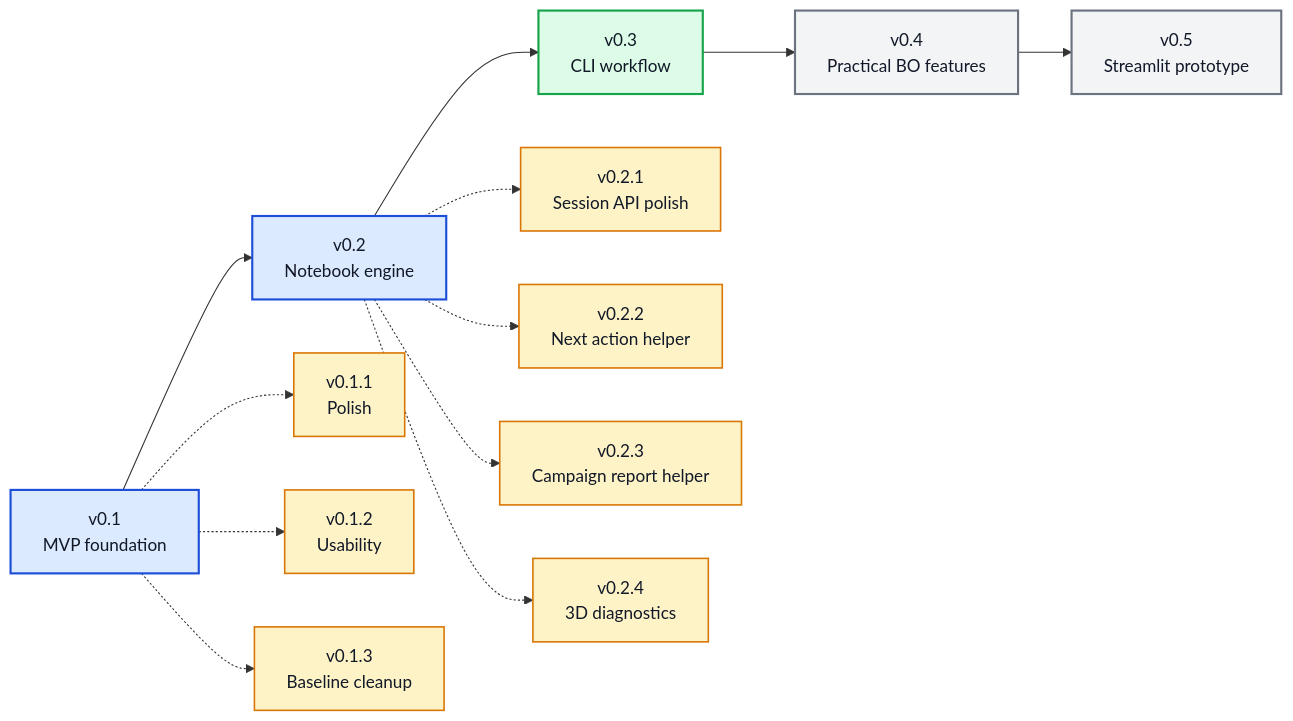
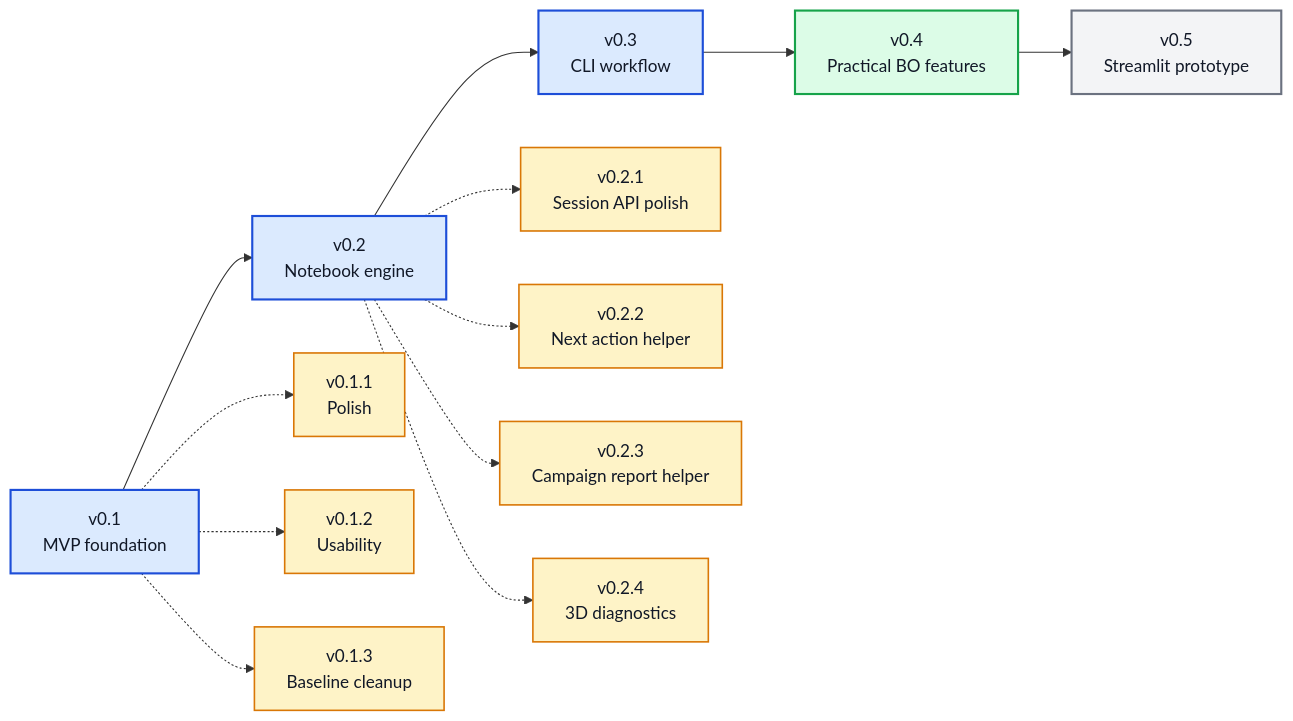
One commit to angzeli/bo-forge changed the diagram in ROADMAP.md. Above: the diagram before and after it, drawn with Mermaid. The commit also changed other lines of this file and 18 other files, not shown here.

````diff
--- a/ROADMAP.md
+++ b/ROADMAP.md
@@ -7,30 +7,30 @@
 ```mermaid
 flowchart LR
     v01["v0.1<br/>MVP foundation"] --> v02["v0.2<br/>Notebook engine"] --> v03["v0.3<br/>CLI workflow"] --> v04["v0.4<br/>Practical BO features"] --> v05["v0.5<br/>Streamlit prototype"]
 
     v011["v0.1.1<br/>Polish"]
     v012["v0.1.2<br/>Usability"]
     v013["v0.1.3<br/>Baseline cleanup"]
     v021["v0.2.1<br/>Session API polish"]
     v022["v0.2.2<br/>Next action helper"]
     v023["v0.2.3<br/>Campaign report helper"]
     v024["v0.2.4<br/>3D diagnostics"]
     
     v01 -.-> v011
     v01 -.-> v012
     v01 -.-> v013
     v02 -.-> v021
     v02 -.-> v022
     v02 -.-> v023
     v02 -.-> v024
     
-    class v01,v02 majorDone
-    class v03 majorNext
-    class v04,v05 majorFuture
+    class v01,v02,v03 majorDone
+    class v04 majorNext
+    class v05 majorFuture
     class v011,v012,v013,v021,v022,v023,v024 patchDone
 
     classDef majorDone fill:#dbeafe,stroke:#1d4ed8,stroke-width:2px,color:#111827;
     classDef majorNext fill:#dcfce7,stroke:#16a34a,stroke-width:2px,color:#111827;
     classDef majorFuture fill:#f3f4f6,stroke:#6b7280,stroke-width:2px,color:#111827;
     classDef patchDone fill:#fef3c7,stroke:#d97706,stroke-width:1.5px,color:#111827;
 ```
````
